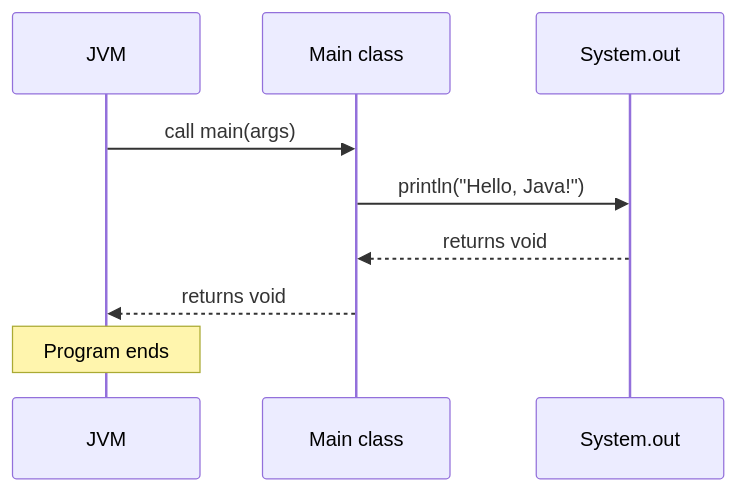
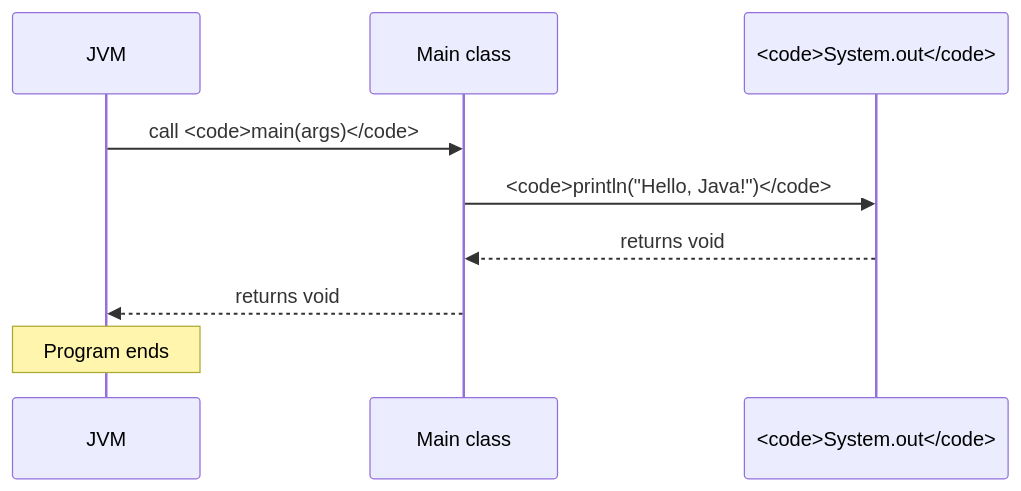
One commit to dataslope/dataslope changed the diagram in content/courses/java-programming-for-beginners/your-first-java-program.mdx. Above: the diagram before and after it, drawn with Mermaid. The commit also changed other lines of this file and 65 other files, not shown here.

First line of the commit message:
Set code in every mermaid label in the mono face

````diff
--- a/content/courses/java-programming-for-beginners/your-first-java-program.mdx
+++ b/content/courses/java-programming-for-beginners/your-first-java-program.mdx
@@ -110,11 +131,11 @@
 ```mermaid
 sequenceDiagram
     participant JVM
     participant Main as Main class
-    participant SO as System.out
-    JVM->>Main: call main(args)
-    Main->>SO: println("Hello, Java!")
+    participant SO as <code>System.out</code>
+    JVM->>Main: call <code>main(args)</code>
+    Main->>SO: <code>println("Hello, Java!")</code>
     SO-->>Main: returns void
     Main-->>JVM: returns void
     Note over JVM: Program ends
 ```
````
